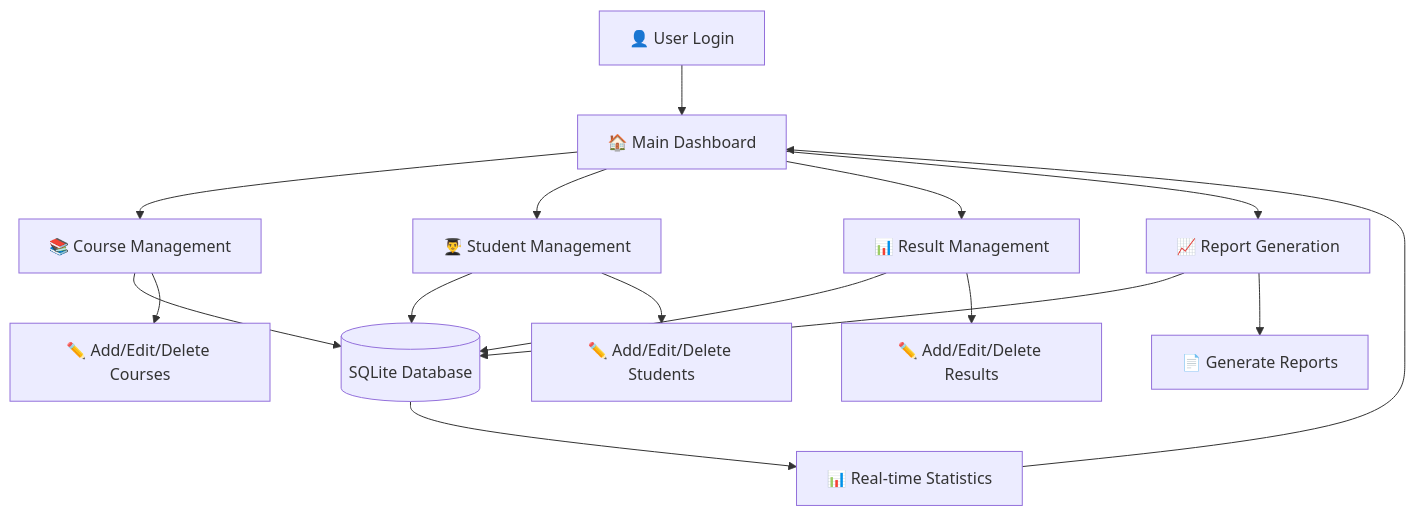
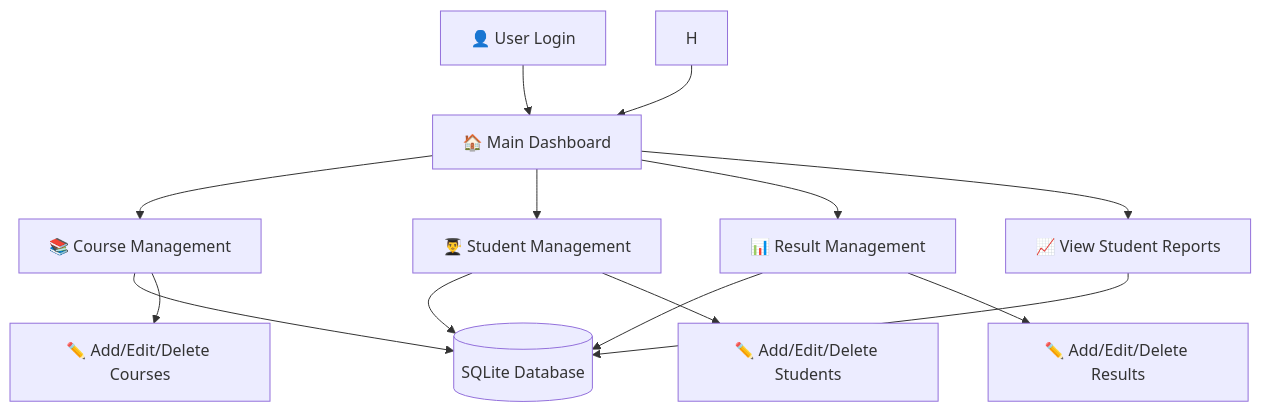
The first of 2 diagrams in README.md (sameeran4218/Student-Management-System), drawn with Mermaid before and after one commit.

````diff
--- a/README.md
+++ b/README.md
@@ -45,21 +45,19 @@
 ```mermaid
 graph TD
     A[👤 User Login] --> B[🏠 Main Dashboard]
     B --> C[📚 Course Management]
     B --> D[👨‍🎓 Student Management]
     B --> E[📊 Result Management]
-    B --> F[📈 Report Generation]
+    B --> F[📈 View Student Reports]
     
     C --> G[(SQLite Database)]
     D --> G
     E --> G
     F --> G
     
-    G --> H[📊 Real-time Statistics]
     H --> B
     
     C --> I[✏️ Add/Edit/Delete Courses]
     D --> J[✏️ Add/Edit/Delete Students]
     E --> K[✏️ Add/Edit/Delete Results]
-    F --> L[📄 Generate Reports]
 ```
````
